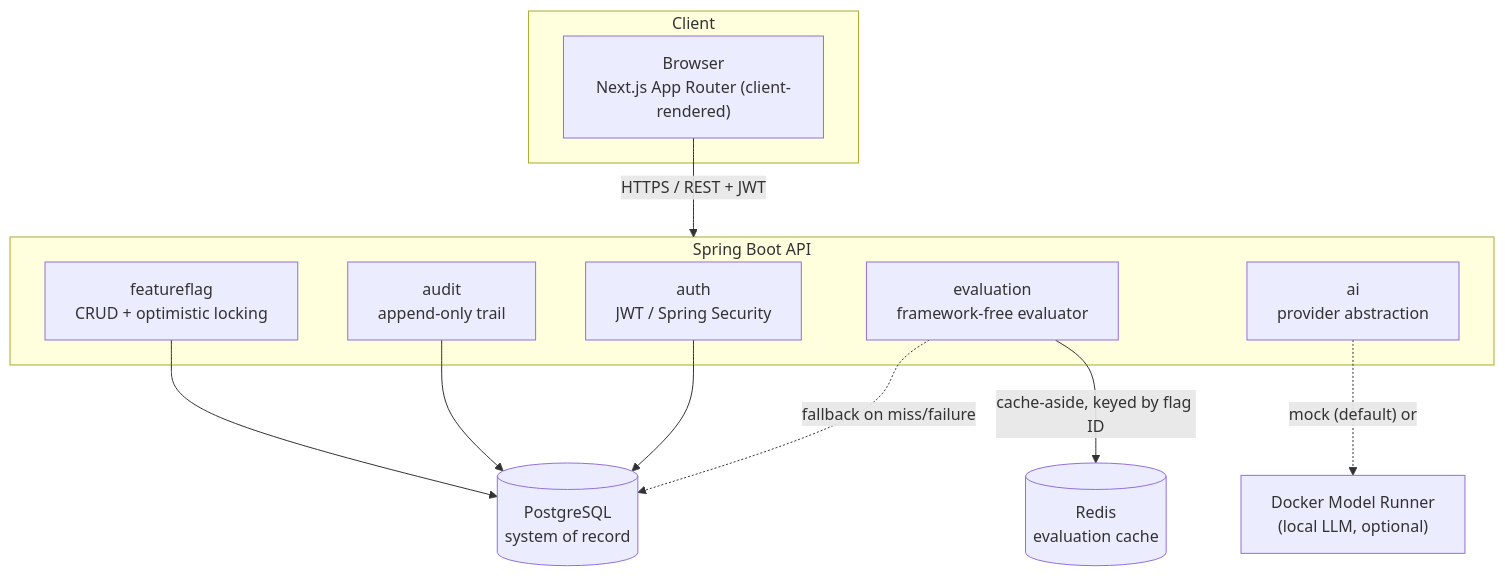
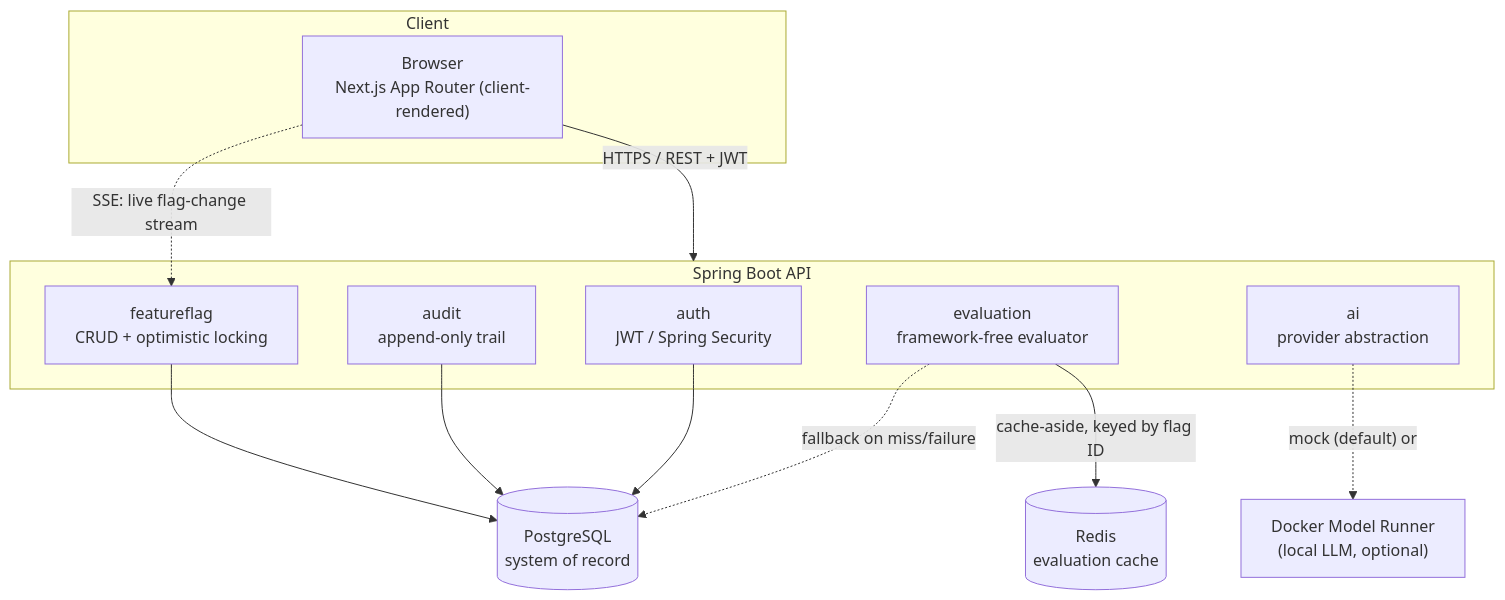
The diagram in README.md (EmmanuelManeswa/Feature-Flag-Configuration-Platform), drawn with Mermaid before and after one commit. The commit also changed other lines of this file and 2 other files, not shown here.

````diff
--- a/README.md
+++ b/README.md
@@ -46,26 +49,27 @@
 ```mermaid
 flowchart TB
     subgraph Client
         Browser["Browser<br/>Next.js App Router (client-rendered)"]
     end
 
     subgraph Backend["Spring Boot API"]
         Auth["auth<br/>JWT / Spring Security"]
         Flags["featureflag<br/>CRUD + optimistic locking"]
         Eval["evaluation<br/>framework-free evaluator"]
         Audit["audit<br/>append-only trail"]
         AI["ai<br/>provider abstraction"]
     end
 
     Postgres[("PostgreSQL<br/>system of record")]
     Redis[("Redis<br/>evaluation cache")]
     DMR["Docker Model Runner<br/>(local LLM, optional)"]
 
     Browser -- "HTTPS / REST + JWT" --> Backend
+    Browser -. "SSE: live flag-change stream" .-> Flags
     Flags --> Postgres
     Audit --> Postgres
     Auth --> Postgres
     Eval -- "cache-aside, keyed by flag ID" --> Redis
     Eval -. "fallback on miss/failure" .-> Postgres
     AI -. "mock (default) or" .-> DMR
 ```
````
